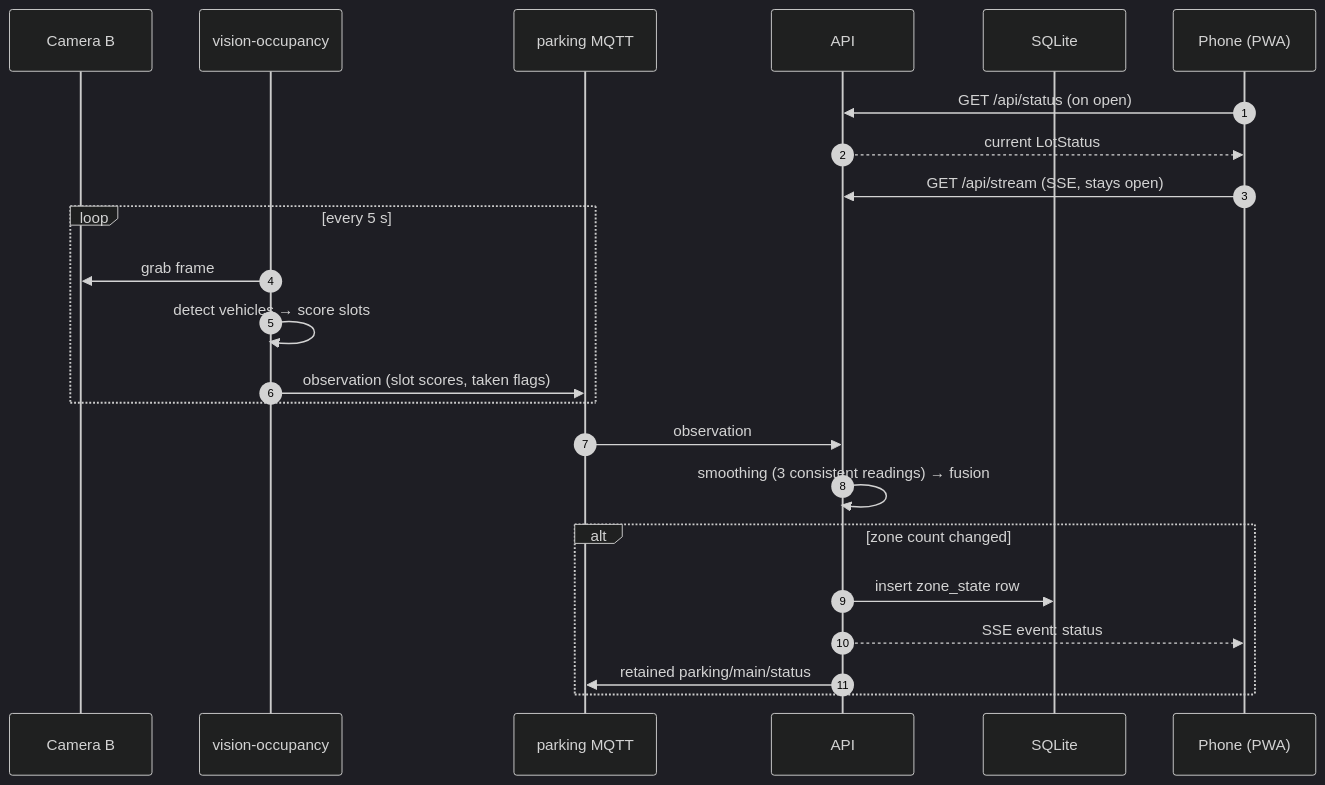
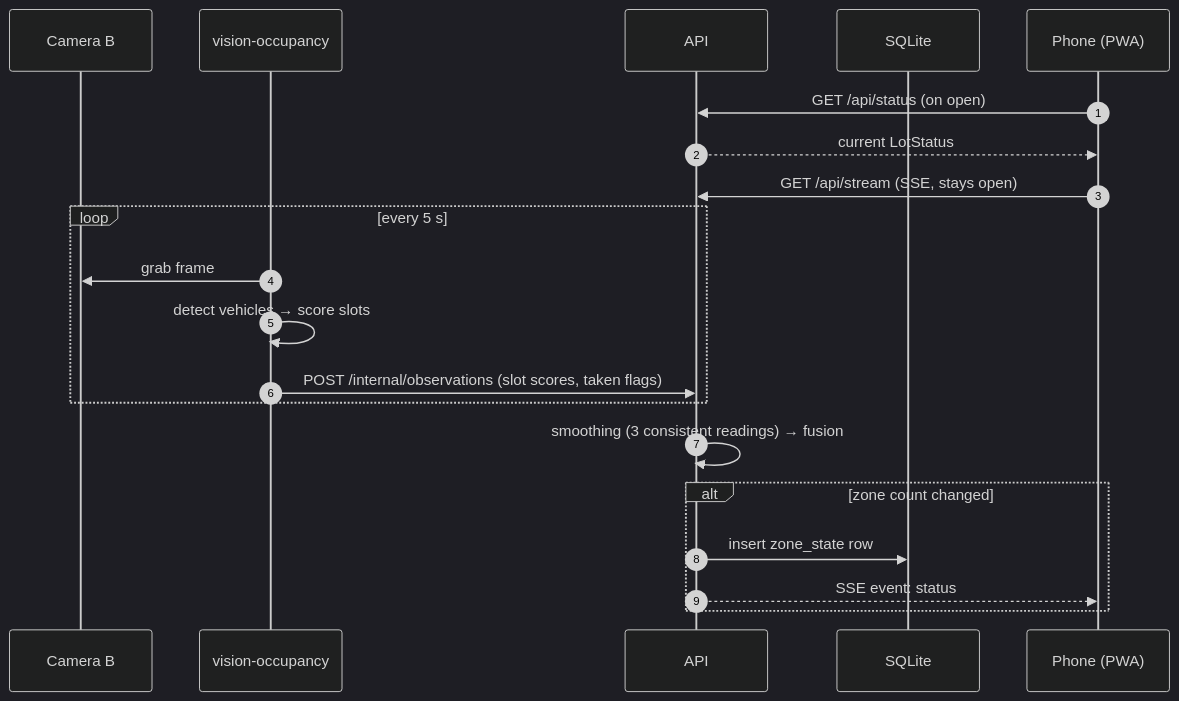
The first of 2 diagrams in docs/design/architecture.md (iulian-redinciuc/parking-app), drawn with Mermaid (dark theme) before and after one commit. The commit also changed other lines of this file and 16 other files, not shown here.

````diff
--- a/docs/design/architecture.md
+++ b/docs/design/architecture.md
@@ -18,26 +20,23 @@
 ```mermaid
 sequenceDiagram
   autonumber
   participant Cam as Camera B
   participant W as vision-occupancy
-  participant MQ as parking MQTT
   participant API as API
   participant DB as SQLite
   participant P as Phone (PWA)
 
   P->>API: GET /api/status (on open)
   API-->>P: current LotStatus
   P->>API: GET /api/stream (SSE, stays open)
   loop every 5 s
     W->>Cam: grab frame
     W->>W: detect vehicles → score slots
-    W->>MQ: observation (slot scores, taken flags)
+    W->>API: POST /internal/observations (slot scores, taken flags)
   end
-  MQ->>API: observation
   API->>API: smoothing (3 consistent readings) → fusion
   alt zone count changed
     API->>DB: insert zone_state row
     API-->>P: SSE event: status
-    API->>MQ: retained parking/main/status
   end
 ```
````
